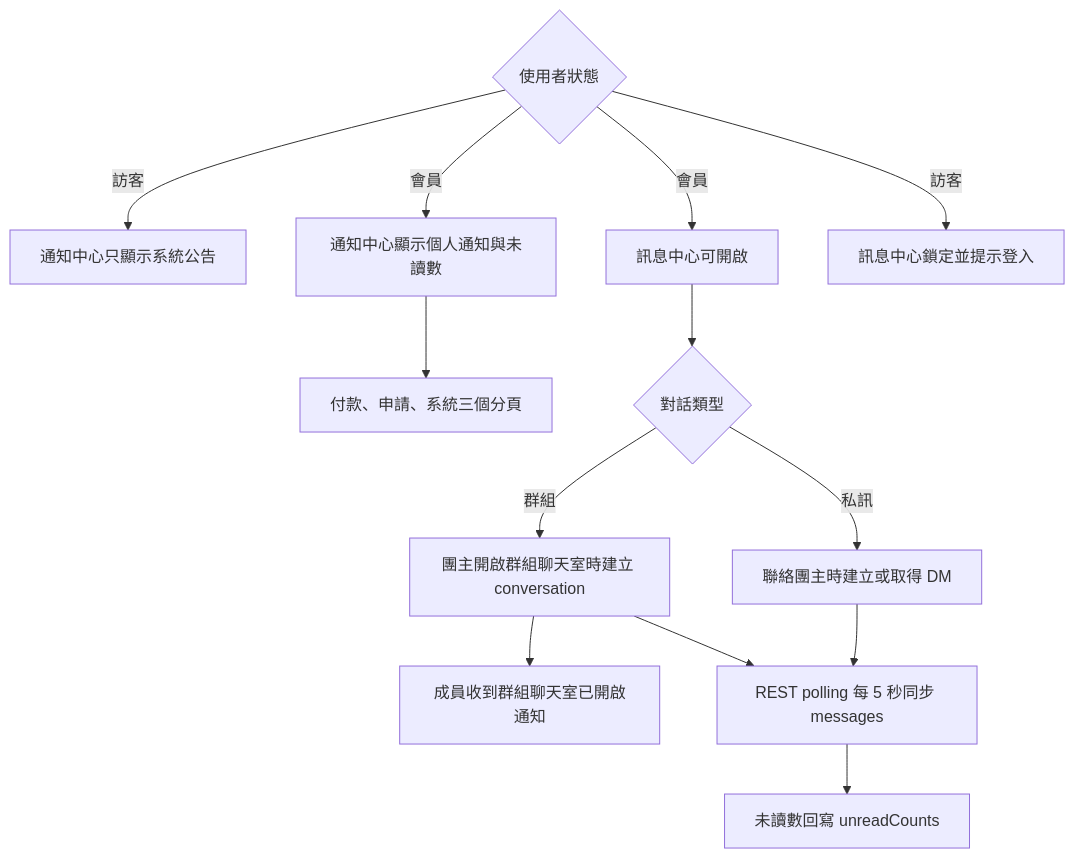
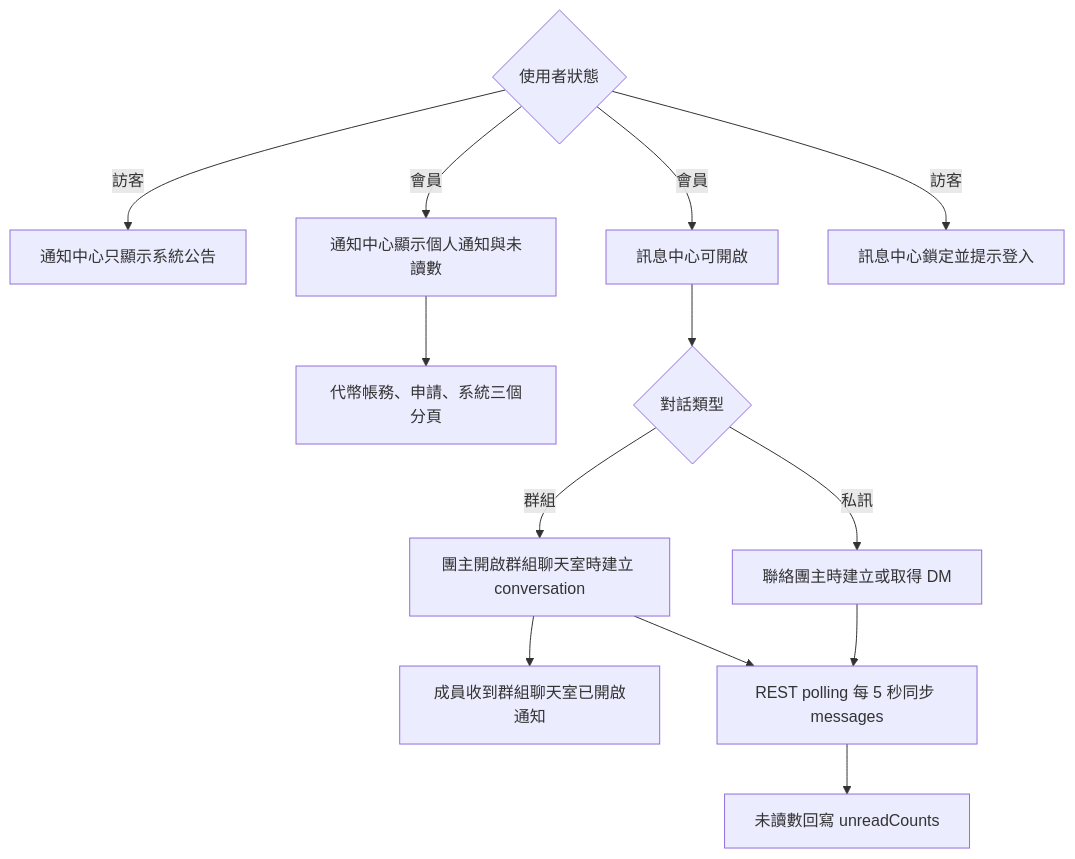
Before and after one commit to s1092055/PartyMatch: the seventh of 7 diagrams in docs/user-flows.md, drawn with Mermaid. The commit also changed other lines of this file and 3 other files, not shown here.

````diff
--- a/docs/user-flows.md
+++ b/docs/user-flows.md
@@ -183,15 +219,15 @@
 ```mermaid
 flowchart TD
   A{使用者狀態} -->|訪客| B[通知中心只顯示系統公告]
   A -->|會員| C[通知中心顯示個人通知與未讀數]
-  C --> D[付款、申請、系統三個分頁]
+  C --> D[代幣帳務、申請、系統三個分頁]
   A -->|會員| E[訊息中心可開啟]
   A -->|訪客| F[訊息中心鎖定並提示登入]
   E --> G{對話類型}
   G -->|群組| H[團主開啟群組聊天室時建立 conversation]
   G -->|私訊| I[聯絡團主時建立或取得 DM]
   H --> J[成員收到群組聊天室已開啟通知]
   I --> K[REST polling 每 5 秒同步 messages]
   H --> K
   K --> L[未讀數回寫 unreadCounts]
 ```
````
